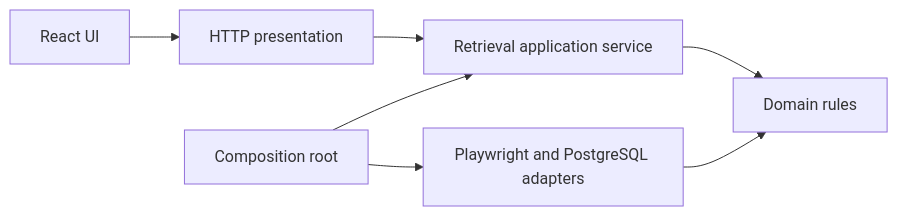
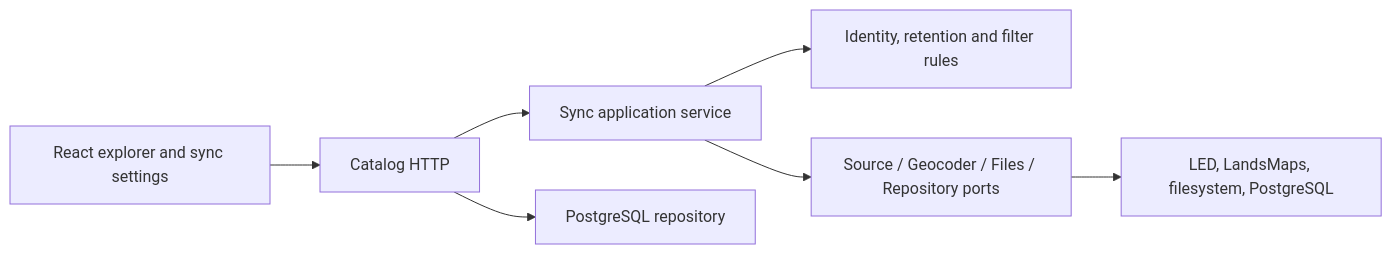
Before and after one commit to beerphetpun-eng/LED: the diagram in docs/architecture.md, drawn with Mermaid. The commit also changed other lines of this file and 35 other files, not shown here.

First line of the commit message:
feat(catalog): add weekly area sync and property workspace

````diff
--- a/docs/architecture.md
+++ b/docs/architecture.md
@@ -5,9 +5,9 @@
 ```mermaid
 flowchart LR
-  UI[React UI] --> HTTP[HTTP presentation]
-  HTTP --> App[Retrieval application service]
-  App --> Domain[Domain rules]
-  Root[Composition root] --> App
-  Root --> Infra[Playwright and PostgreSQL adapters]
-  Infra --> Domain
+  UI[React explorer and sync settings] --> HTTP[Catalog HTTP]
+  HTTP --> Sync[Sync application service]
+  HTTP --> Repo[PostgreSQL repository]
+  Sync --> Domain[Identity, retention and filter rules]
+  Sync --> Ports[Source / Geocoder / Files / Repository ports]
+  Ports --> Adapters[LED, LandsMaps, filesystem, PostgreSQL]
 ```
````
